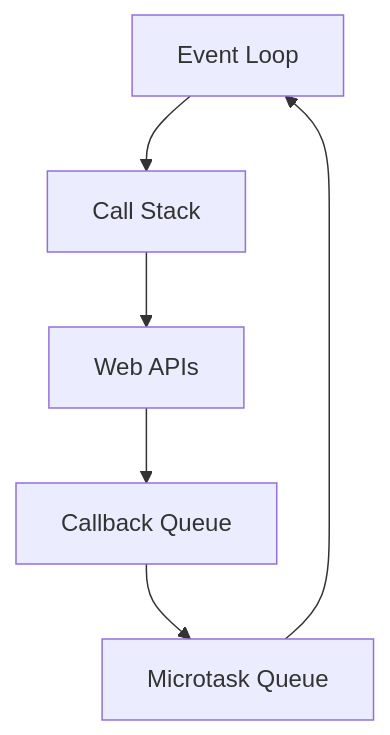
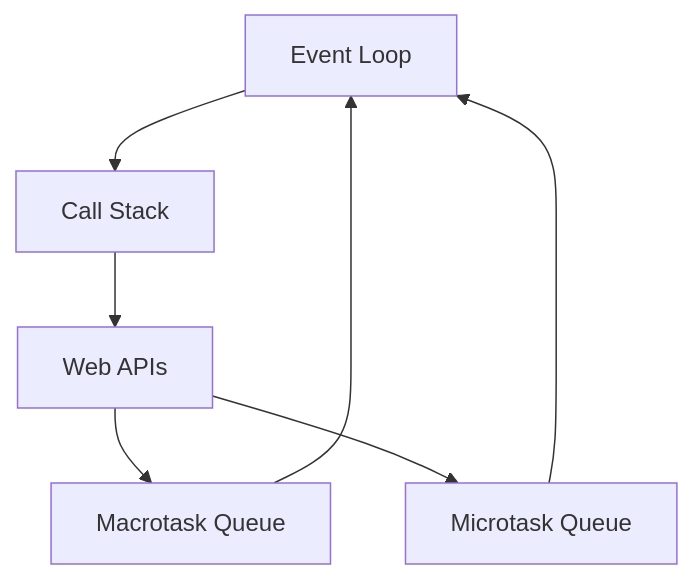
The second of 3 diagrams in apps/fe-docs/pages/interview/javascript/1-core-concepts.mdx (KRISACHAN/ying-web), drawn with Mermaid before and after one commit. The commit also changed other lines of this file and 13 other files, not shown here.

````diff
--- a/apps/fe-docs/pages/interview/javascript/1-core-concepts.mdx
+++ b/apps/fe-docs/pages/interview/javascript/1-core-concepts.mdx
@@ -28,8 +62,9 @@
 ```mermaid
 graph TD
     A[Event Loop] --> B[Call Stack]
     B --> C[Web APIs]
-    C --> D[Callback Queue]
-    D --> E[Microtask Queue]
+    C --> D[Macrotask Queue]
+    C --> E[Microtask Queue]
+    D --> A
     E --> A
 ```
````
